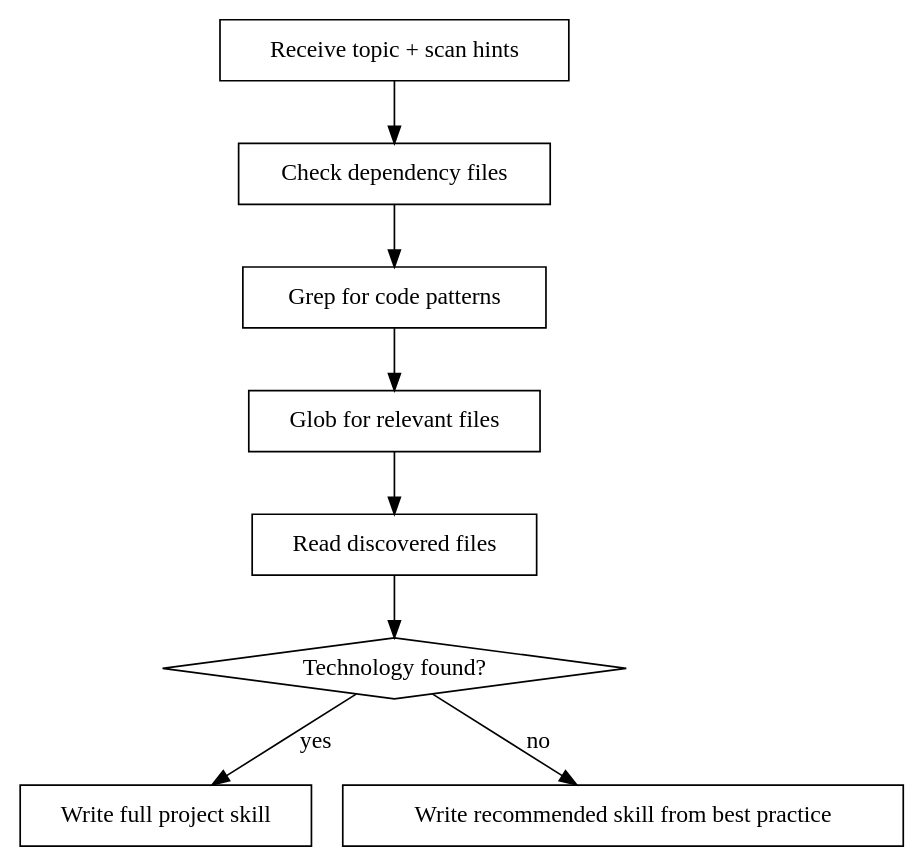
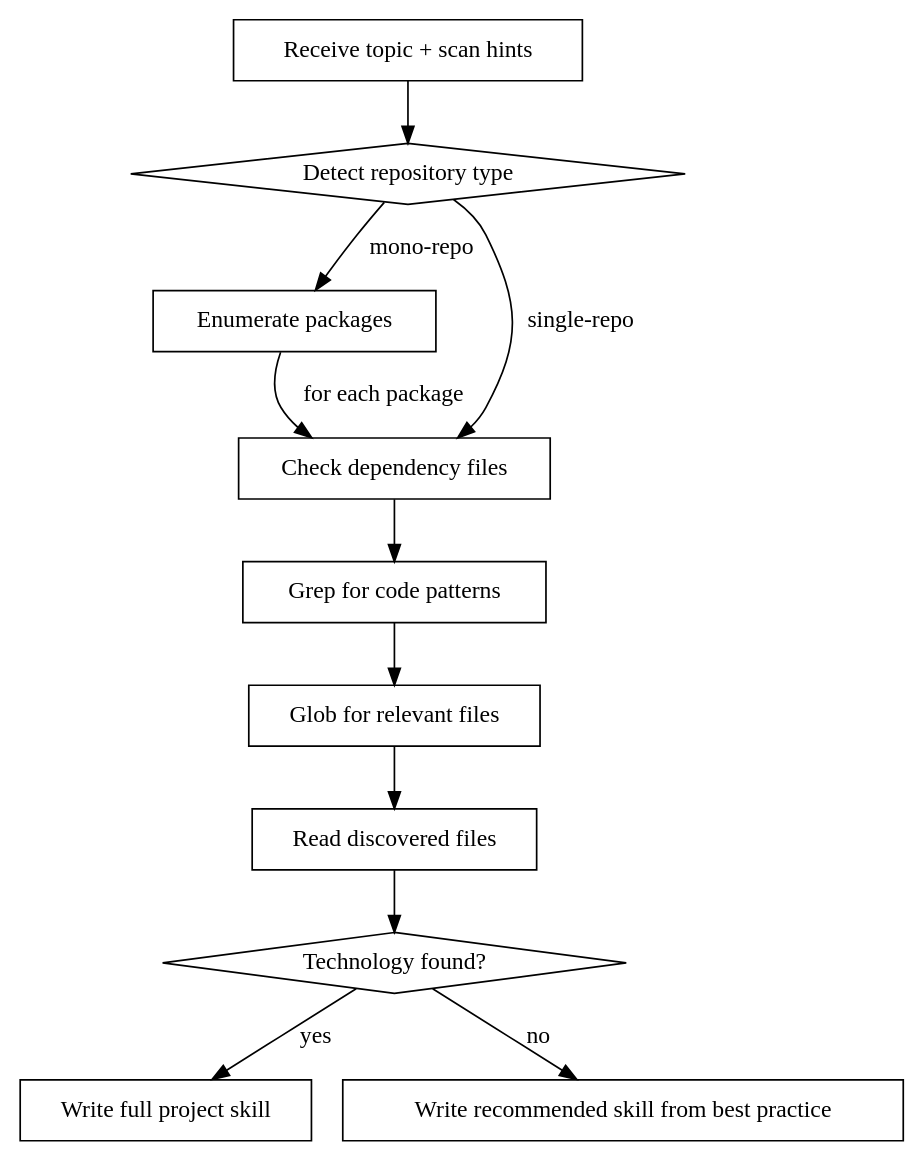
The first of 2 diagrams in skills/upskill/SKILL.md (thermiteau/maverick), drawn with Graphviz before and after one commit. The commit also changed other lines of this file and 25 other files, not shown here.

Commit message:
Refactored the documentation skills and upskill to support mono-repo projects

````diff
--- a/skills/upskill/SKILL.md
+++ b/skills/upskill/SKILL.md
@@ -39,20 +40,25 @@
 ```dot
 digraph generate {
     "Receive topic + scan hints" [shape=box];
+    "Detect repository type" [shape=diamond];
+    "Enumerate packages" [shape=box];
     "Check dependency files" [shape=box];
     "Grep for code patterns" [shape=box];
     "Glob for relevant files" [shape=box];
     "Read discovered files" [shape=box];
     "Technology found?" [shape=diamond];
     "Write full project skill" [shape=box];
     "Write recommended skill from best practice" [shape=box];
 
-    "Receive topic + scan hints" -> "Check dependency files";
+    "Receive topic + scan hints" -> "Detect repository type";
+    "Detect repository type" -> "Check dependency files" [label="single-repo"];
+    "Detect repository type" -> "Enumerate packages" [label="mono-repo"];
+    "Enumerate packages" -> "Check dependency files" [label="for each package"];
     "Check dependency files" -> "Grep for code patterns";
     "Grep for code patterns" -> "Glob for relevant files";
     "Glob for relevant files" -> "Read discovered files";
     "Read discovered files" -> "Technology found?";
     "Technology found?" -> "Write full project skill" [label="yes"];
     "Technology found?" -> "Write recommended skill from best practice" [label="no"];
 }
 ```
````
